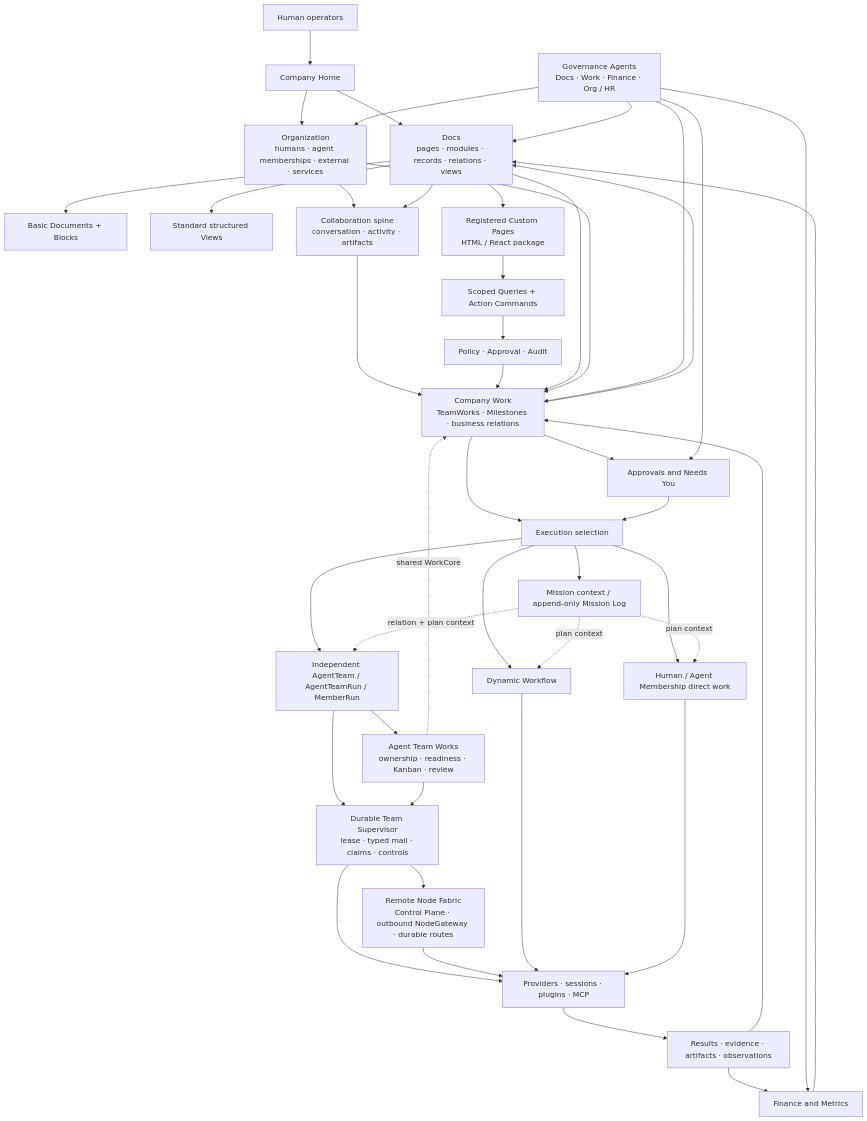
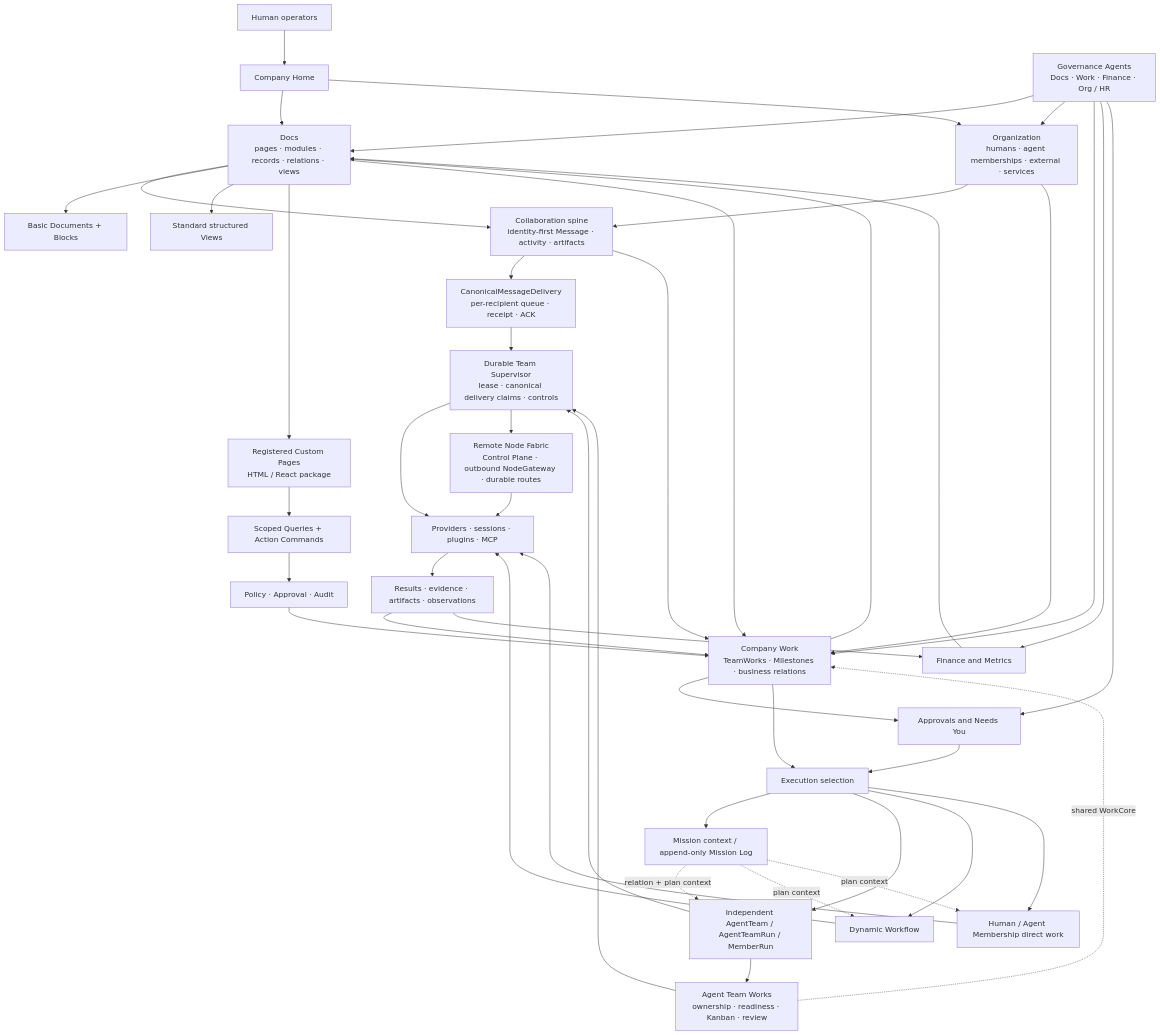
The diagram in docs/current/architecture/architecture-map.md (cyl19970726/multi-agent-harness), drawn with Mermaid before and after one commit. The commit also changed other lines of this file and 50 other files, not shown here.

Commit message:
fix(runtime): bind canonical messages to team space

````diff
--- a/docs/current/architecture/architecture-map.md
+++ b/docs/current/architecture/architecture-map.md
@@ -8,71 +8,74 @@
 ```mermaid
 flowchart TB
   Human["Human operators"]
   Home["Company Home"]
   Docs["Docs\npages · modules · records · relations · views"]
   Blocks["Basic Documents + Blocks"]
   Views["Standard structured Views"]
   Custom["Registered Custom Pages\nHTML / React package"]
   Actions["Scoped Queries + Action Commands"]
   Policy["Policy · Approval · Audit"]
   Org["Organization\nhumans · agent memberships · external · services"]
-  Collab["Collaboration spine\nconversation · activity · artifacts"]
+  Collab["Collaboration spine\nidentity-first Message · activity · artifacts"]
+  Delivery["CanonicalMessageDelivery\nper-recipient queue · receipt · ACK"]
   TeamWork["Agent Team Works\nownership · readiness · Kanban · review"]
   Work["Company Work\nTeamWorks · Milestones · business relations"]
   Approval["Approvals and Needs You"]
   Gov["Governance Agents\nDocs · Work · Finance · Org / HR"]
   Finance["Finance and Metrics"]
   Exec["Execution selection"]
   Mission["Mission context / append-only Mission Log"]
   Team["Independent AgentTeam / AgentTeamRun / MemberRun"]
-  Supervisor["Durable Team Supervisor\nlease · typed mail · claims · controls"]
+  Supervisor["Durable Team Supervisor\nlease · canonical delivery claims · controls"]
   Workflow["Dynamic Workflow"]
   Direct["Human / Agent Membership direct work"]
   Runtime["Providers · sessions · plugins · MCP"]
   Fabric["Remote Node Fabric\nControl Plane · outbound NodeGateway · durable routes"]
   Result["Results · evidence · artifacts · observations"]
 
   Human --> Home
   Home --> Docs
   Home --> Org
   Org --> Collab
   Docs --> Collab
+  Collab --> Delivery
   Collab --> Work
   Docs --> Blocks
   Docs --> Views
   Docs --> Custom
   Custom --> Actions
   Actions --> Policy
   Policy --> Work
   Docs --> Work
   Org --> Work
   Work --> Approval
   Work --> Exec
   Approval --> Exec
   Exec --> Mission
   Exec --> Team
   Exec --> Workflow
   Exec --> Direct
   Mission -.->|relation + plan context| Team
   Mission -.->|plan context| Workflow
   Mission -.->|plan context| Direct
   Team --> Supervisor
   Team --> TeamWork
   TeamWork --> Supervisor
   TeamWork -.->|shared WorkCore| Work
   Supervisor --> Runtime
+  Delivery --> Supervisor
   Supervisor --> Fabric
   Fabric --> Runtime
   Workflow --> Runtime
   Direct --> Runtime
   Runtime --> Result
   Result --> Work
   Work --> Docs
   Result --> Finance
   Finance --> Docs
   Gov --> Docs
   Gov --> Org
   Gov --> Work
   Gov --> Finance
   Gov --> Approval
 ```
````
